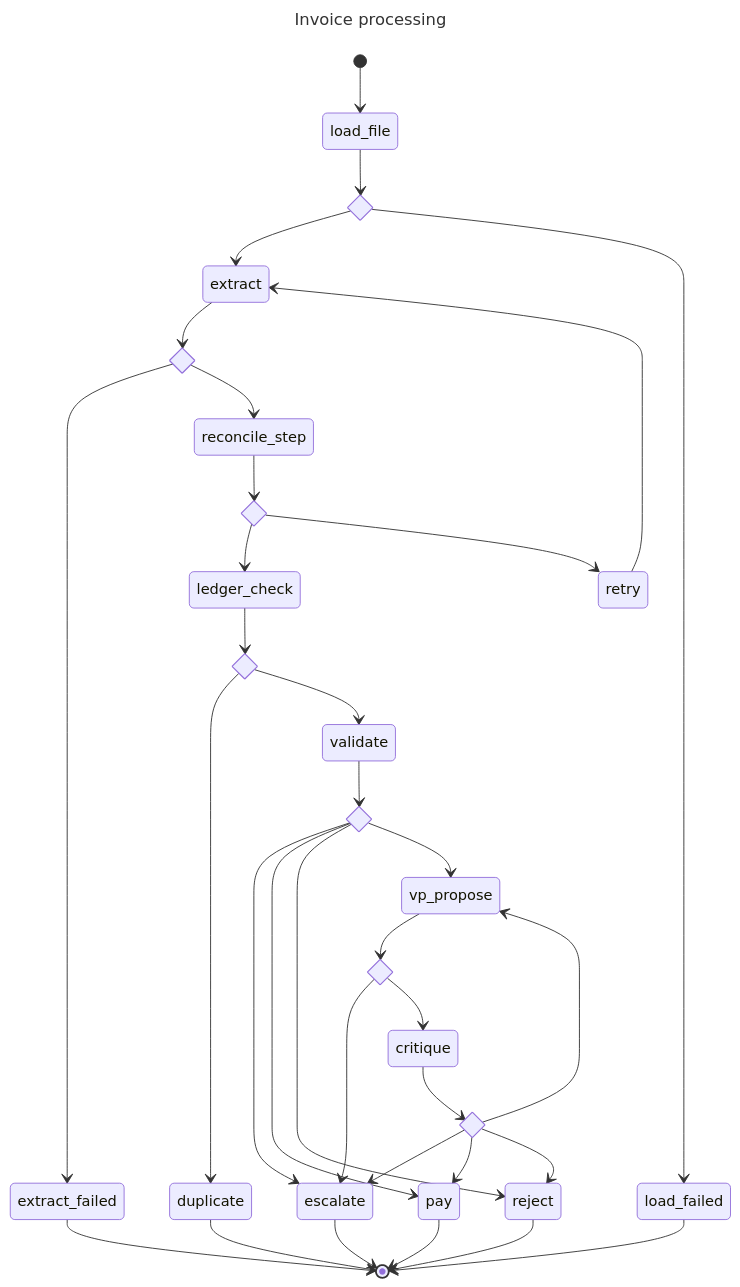
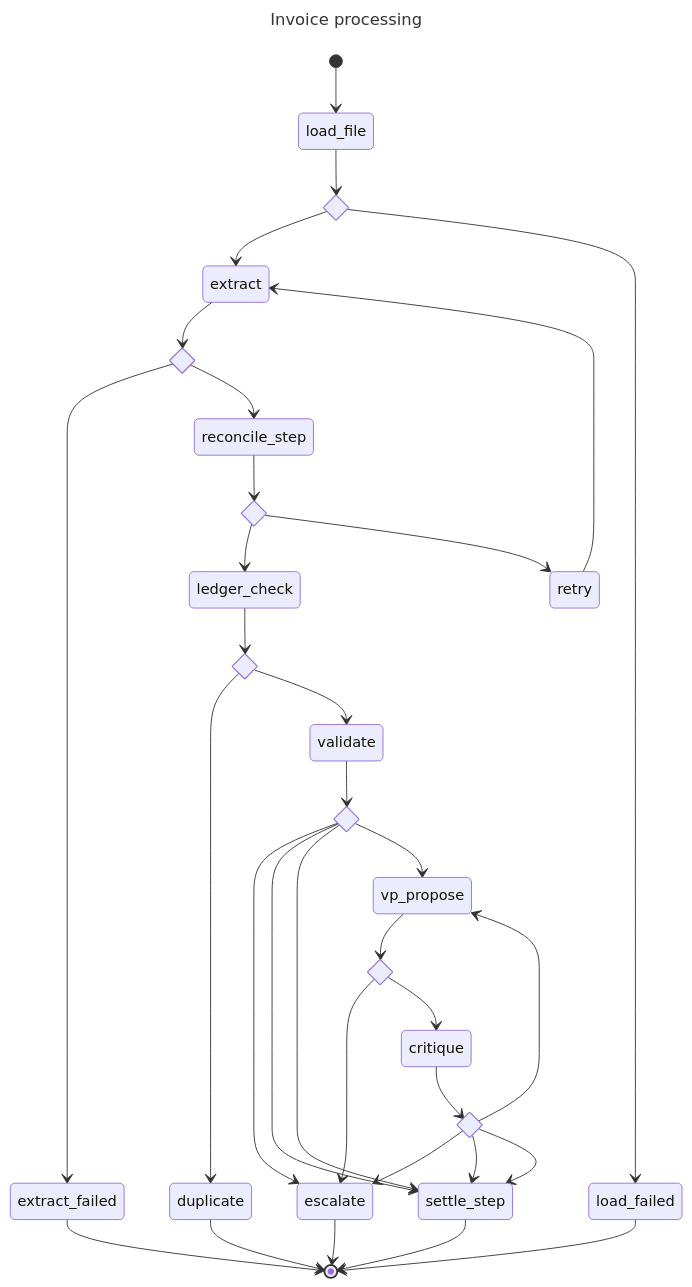
Before and after one commit to DavidSlayback/galatiq-case-invoices: the diagram in docs/graph.mmd, drawn with Mermaid. The commit also changed 7 other files, not shown here.

First line of the commit message:
One settlement module for graph and inbox (D42)

```diff
--- a/docs/graph.mmd
+++ b/docs/graph.mmd
@@ -1,59 +1,57 @@
 ---
 title: Invoice processing
 ---
 stateDiagram-v2
   load_file
   state decision <<choice>>
   extract
   load_failed
   state decision_2 <<choice>>
   extract_failed
   reconcile_step
   state decision_3 <<choice>>
   ledger_check
   retry
   state decision_4 <<choice>>
   duplicate
   validate
   state decision_5 <<choice>>
   escalate
-  pay
-  reject
+  settle_step
   vp_propose
   state decision_6 <<choice>>
   critique
   state decision_7 <<choice>>
 
   [*] --> load_file
   load_file --> decision
   decision --> extract
   decision --> load_failed
   extract --> decision_2
   load_failed --> [*]
   decision_2 --> extract_failed
   decision_2 --> reconcile_step
   extract_failed --> [*]
   reconcile_step --> decision_3
   decision_3 --> ledger_check
   decision_3 --> retry
   retry --> extract
   ledger_check --> decision_4
   decision_4 --> duplicate
   decision_4 --> validate
   duplicate --> [*]
   validate --> decision_5
   decision_5 --> escalate
-  decision_5 --> pay
-  decision_5 --> reject
+  decision_5 --> settle_step
+  decision_5 --> settle_step
   decision_5 --> vp_propose
   escalate --> [*]
-  pay --> [*]
-  reject --> [*]
+  settle_step --> [*]
   vp_propose --> decision_6
   decision_6 --> escalate
   decision_6 --> critique
   critique --> decision_7
   decision_7 --> escalate
-  decision_7 --> pay
-  decision_7 --> reject
+  decision_7 --> settle_step
+  decision_7 --> settle_step
   decision_7 --> vp_propose
```
